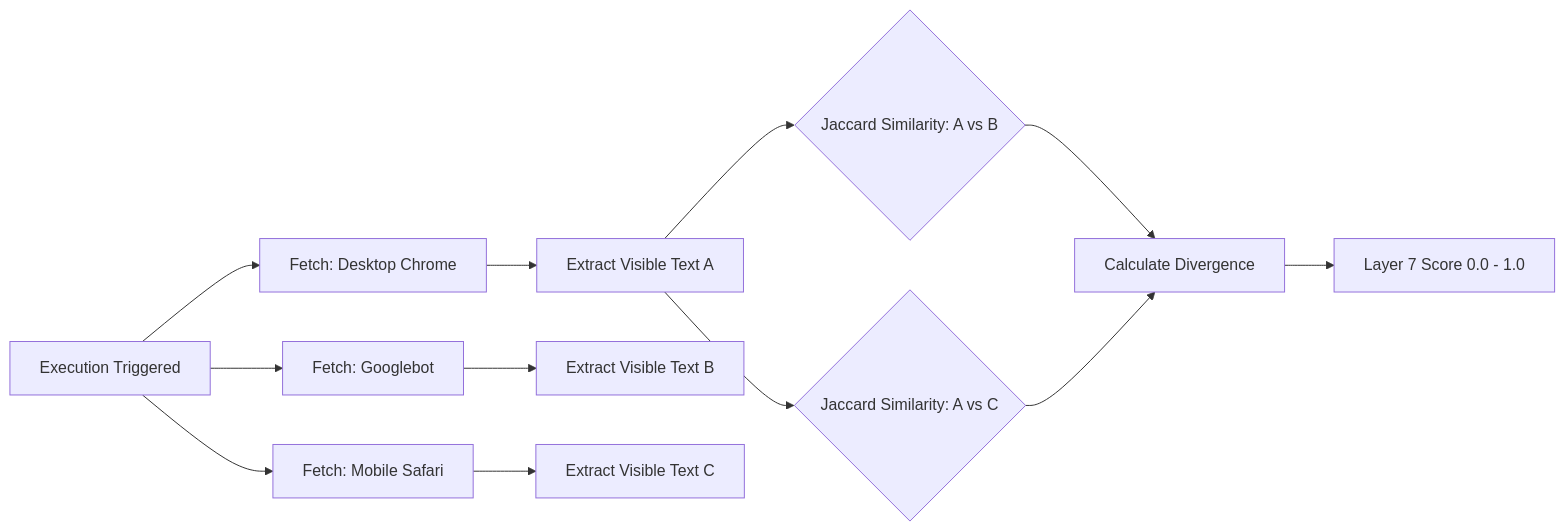
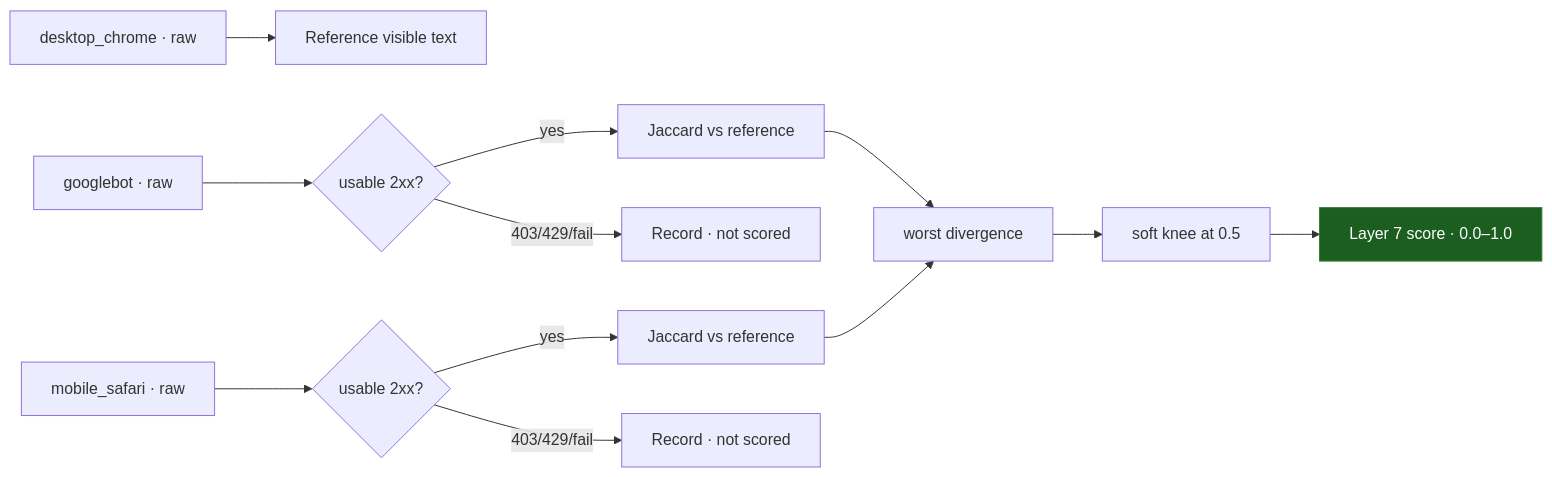
Before and after one commit to Ns81000/WARDRESS: the diagram in docs/layers/7-cloaking.mdx, drawn with Mermaid. The commit also changed other lines of this file and 20 other files, not shown here.

Commit message:
docs: initialize project documentation suite with architectural overviews, detection layer details, and frontend workbench guides

````diff
--- a/docs/layers/7-cloaking.mdx
+++ b/docs/layers/7-cloaking.mdx
@@ -14,18 +25,17 @@
 ```mermaid
-graph LR
-    TRIGGER[Execution Triggered] --> FETCH_A[Fetch: Desktop Chrome]
-    TRIGGER --> FETCH_B[Fetch: Googlebot]
-    TRIGGER --> FETCH_C[Fetch: Mobile Safari]
-    
-    FETCH_A --> EXTRACT_A[Extract Visible Text A]
-    FETCH_B --> EXTRACT_B[Extract Visible Text B]
-    FETCH_C --> EXTRACT_C[Extract Visible Text C]
-    
-    EXTRACT_A --> JACCARD_1{Jaccard Similarity: A vs B}
-    EXTRACT_A --> JACCARD_2{Jaccard Similarity: A vs C}
-    
-    JACCARD_1 --> SCORE_CALC[Calculate Divergence]
-    JACCARD_2 --> SCORE_CALC
-    
-    SCORE_CALC --> OUT[Layer 7 Score 0.0 - 1.0]
+flowchart LR
+    REF[desktop_chrome · raw] --> RT[Reference visible text]
+    GB[googlebot · raw] --> C1{usable 2xx?}
+    MS[mobile_safari · raw] --> C2{usable 2xx?}
+    C1 -->|yes| J1[Jaccard vs reference]
+    C2 -->|yes| J2[Jaccard vs reference]
+    C1 -->|403/429/fail| SKIP1[Record · not scored]
+    C2 -->|403/429/fail| SKIP2[Record · not scored]
+    J1 --> WD[worst divergence]
+    J2 --> WD
+    WD --> SK["soft knee at 0.5"]
+    SK --> OUT[Layer 7 score · 0.0–1.0]
+
+    classDef out fill:#1b5e20,stroke:#2e7d32,color:#fff;
+    class OUT out;
 ```
````
